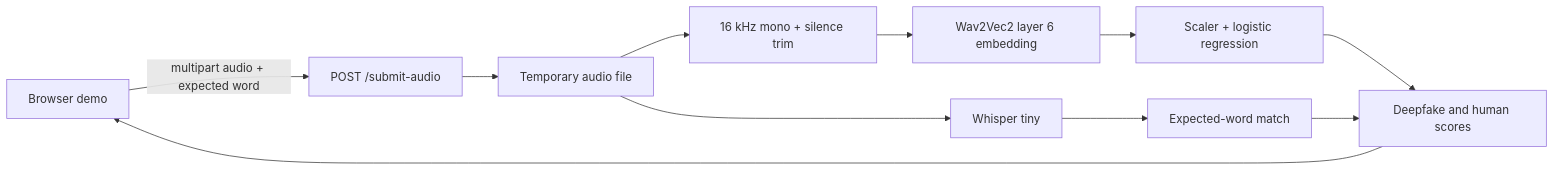
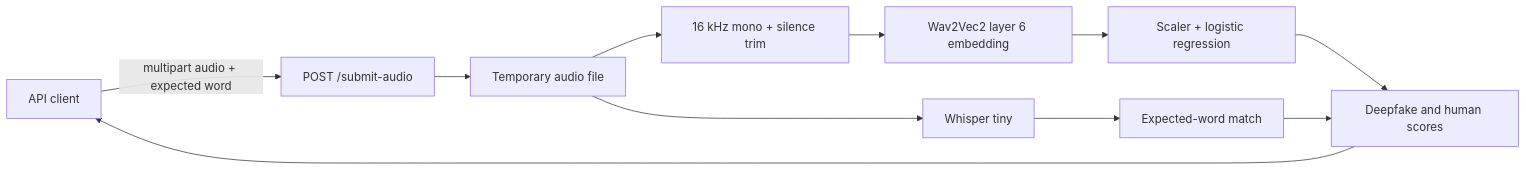
Before and after one commit to vinayakmalviya/sapien: the second of 2 diagrams in README.md, drawn with Mermaid. The commit also changed other lines of this file and 3 other files, not shown here.

````diff
--- a/README.md
+++ b/README.md
@@ -50,13 +50,13 @@
 ```mermaid
 flowchart LR
-    Demo[Browser demo] -->|multipart audio + expected word| Endpoint[POST /submit-audio]
+    Client[API client] -->|multipart audio + expected word| Endpoint[POST /submit-audio]
     Endpoint --> Temp[Temporary audio file]
     Temp --> Preprocess[16 kHz mono + silence trim]
     Preprocess --> W2V[Wav2Vec2 layer 6 embedding]
     W2V --> Classifier[Scaler + logistic regression]
     Temp --> Whisper[Whisper tiny]
     Classifier --> Response[Deepfake and human scores]
     Whisper --> Match[Expected-word match]
     Match --> Response
-    Response --> Demo
+    Response --> Client
 ```
````
